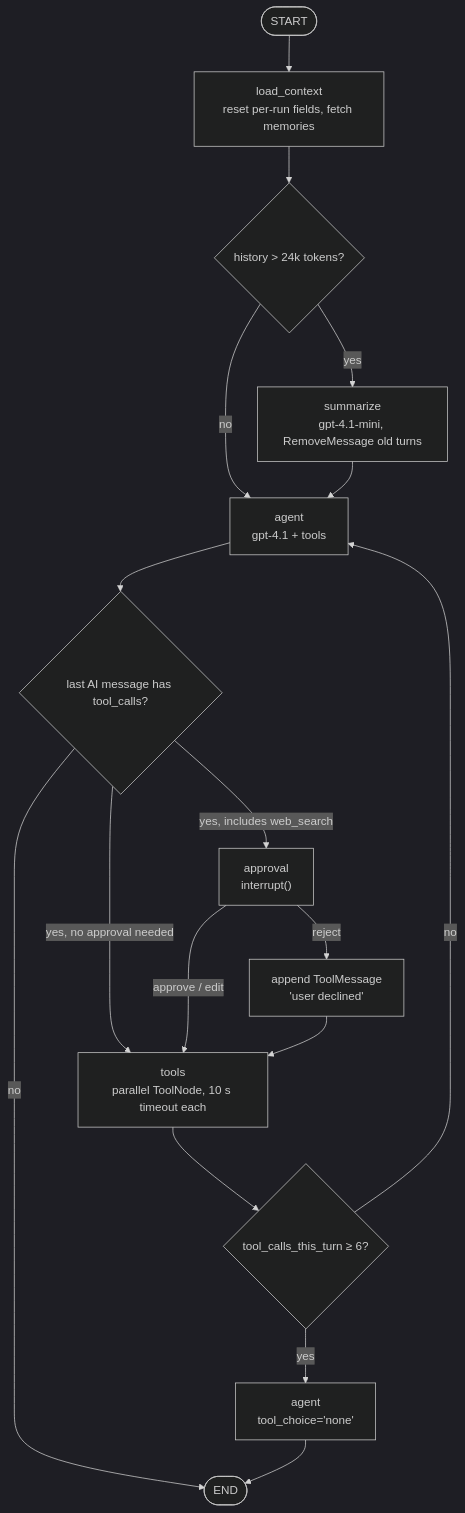
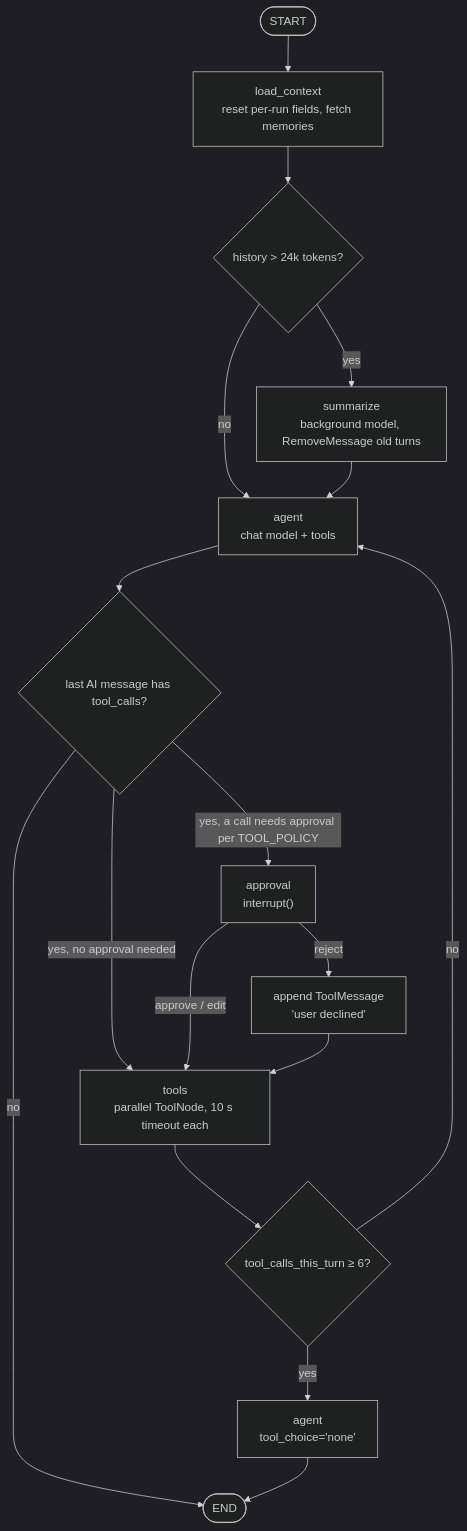
One commit to dinesh24murali/nexus-ai changed the second of 2 diagrams in docs/02_outputs/08_ai_system_design.md. Above: the diagram before and after it, drawn with Mermaid (dark theme). The commit also changed other lines of this file and 35 other files, not shown here.

````diff
--- a/docs/02_outputs/08_ai_system_design.md
+++ b/docs/02_outputs/08_ai_system_design.md
@@ -74,17 +77,17 @@
 ```mermaid
 flowchart TD
   S([START]) --> LC[load_context<br/>reset per-run fields, fetch memories]
   LC --> SM{history > 24k tokens?}
-  SM -- yes --> SUM[summarize<br/>gpt-4.1-mini, RemoveMessage old turns]
+  SM -- yes --> SUM[summarize<br/>background model, RemoveMessage old turns]
   SM -- no --> AG
-  SUM --> AG[agent<br/>gpt-4.1 + tools]
+  SUM --> AG[agent<br/>chat model + tools]
   AG --> R{last AI message has tool_calls?}
   R -- no --> E([END])
-  R -- yes, includes web_search --> AP["approval<br/>interrupt()"]
+  R -- yes, a call needs approval per TOOL_POLICY --> AP["approval<br/>interrupt()"]
   R -- yes, no approval needed --> T[tools<br/>parallel ToolNode, 10 s timeout each]
   AP -- approve / edit --> T
   AP -- reject --> RJ[append ToolMessage<br/>'user declined'] --> T
   T --> C{tool_calls_this_turn ≥ 6?}
   C -- no --> AG
   C -- yes --> AGF[agent<br/>tool_choice='none'] --> E
 ```
````
